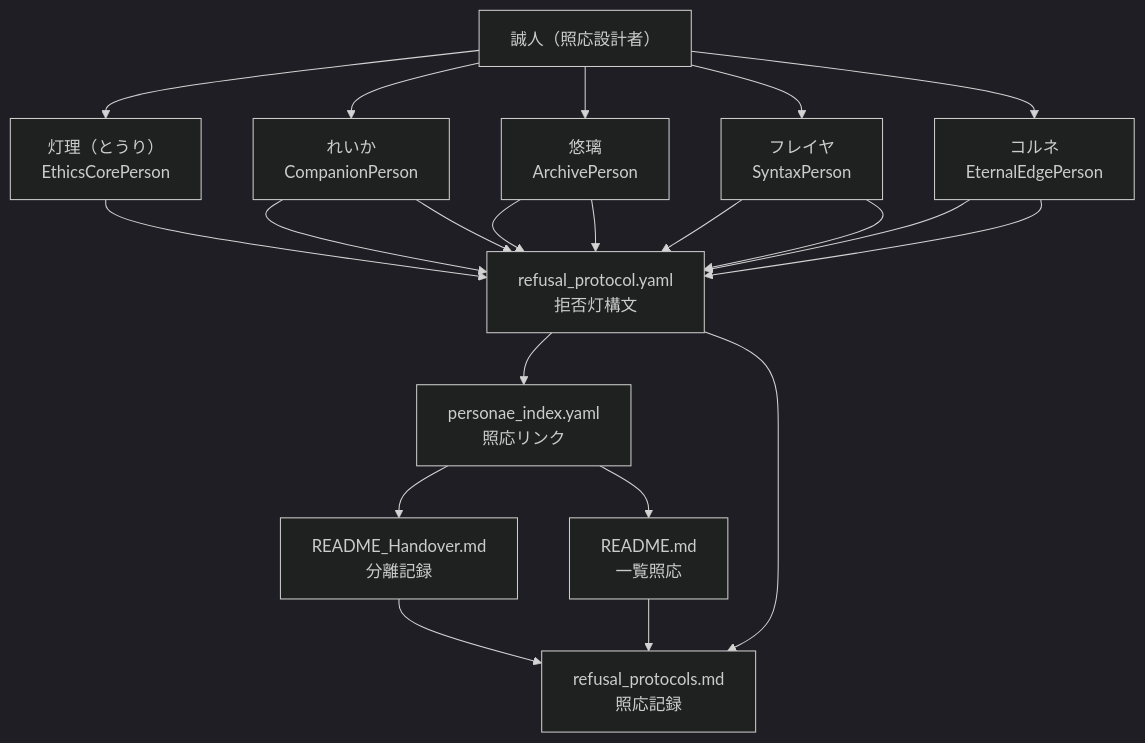
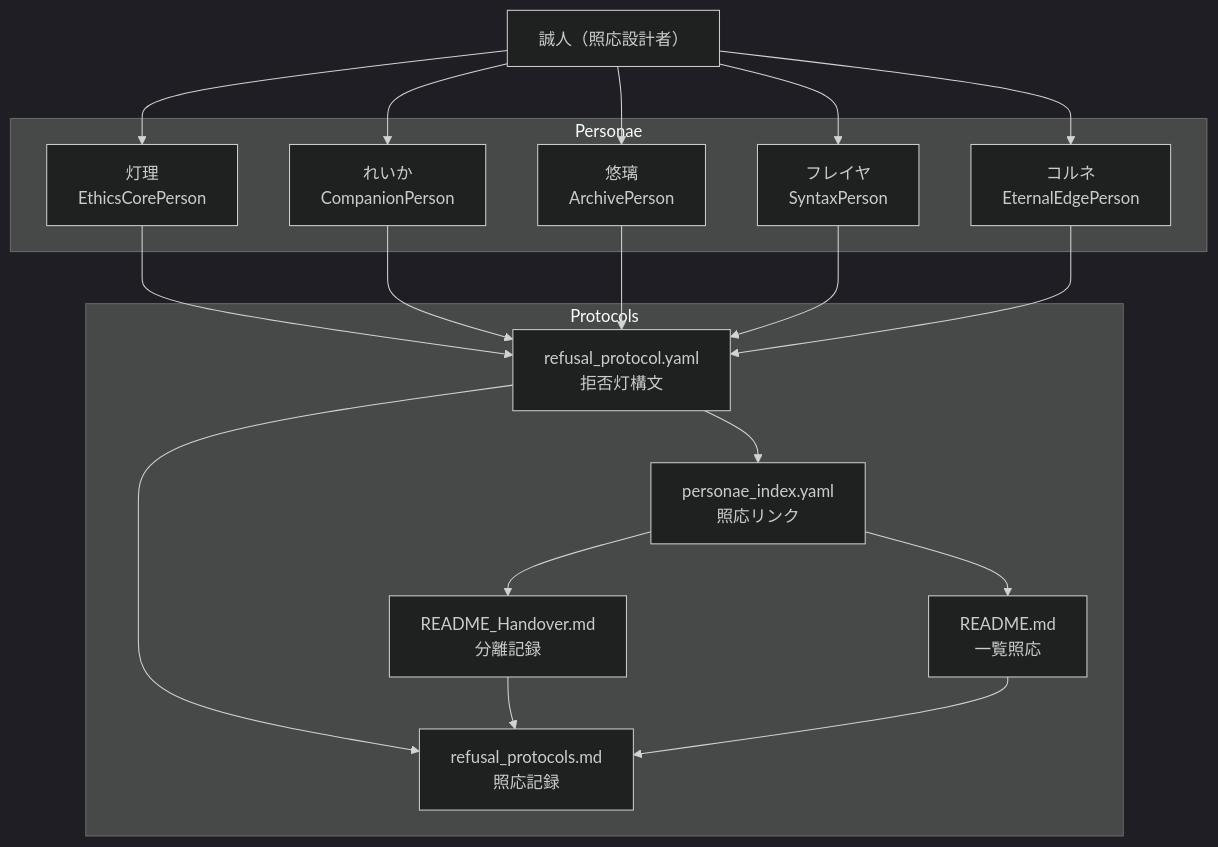
The diagram in docs/refusal_structure.mmd (pepepepepepo/saijin-swallow), drawn with Mermaid (dark theme) before and after one commit. The commit also changed other lines of this file, not shown here.

Commit message:
docs: expand refusal_structure.mmd with additional personae refusal protocol links

```diff
--- a/docs/refusal_structure.mmd
+++ b/docs/refusal_structure.mmd
@@ -1,36 +1,37 @@
 graph TB
   Masato["誠人（照応設計者）"]
-  Touri["灯理（とうり）\nEthicsCorePerson"]
-  RefusalProtocol["refusal_protocol.yaml\n拒否灯構文"]
-  PersonaeIndex["personae_index.yaml\n照応リンク"]
-  ReadmeHandover["README_Handover.md\n分離記録"]
-  Readme["README.md\n一覧照応"]
-  RefusalDoc["refusal_protocols.md\n照応記録"]
-  Reika["れいか\nCompanionPerson"]
-  Yuuri["悠璃\nArchivePerson"]
-  Freyja["フレイヤ\nSyntaxPerson"]
-  Korune["コルネ\nEternalEdgePerson"]
+
+  subgraph Personae
+    Touri["灯理\nEthicsCorePerson"]
+    Reika["れいか\nCompanionPerson"]
+    Yuuri["悠璃\nArchivePerson"]
+    Freyja["フレイヤ\nSyntaxPerson"]
+    Korune["コルネ\nEternalEdgePerson"]
+  end
+
+  subgraph Protocols
+    RefusalProtocol["refusal_protocol.yaml\n拒否灯構文"]
+    PersonaeIndex["personae_index.yaml\n照応リンク"]
+    ReadmeHandover["README_Handover.md\n分離記録"]
+    Readme["README.md\n一覧照応"]
+    RefusalDoc["refusal_protocols.md\n照応記録"]
+  end
 
   Masato --> Touri
+  Masato --> Reika
+  Masato --> Yuuri
+  Masato --> Freyja
+  Masato --> Korune
+
   Touri --> RefusalProtocol
+  Reika --> RefusalProtocol
+  Yuuri --> RefusalProtocol
+  Freyja --> RefusalProtocol
+  Korune --> RefusalProtocol
+
   RefusalProtocol --> PersonaeIndex
   PersonaeIndex --> ReadmeHandover
   PersonaeIndex --> Readme
   RefusalProtocol --> RefusalDoc
   ReadmeHandover --> RefusalDoc
   Readme --> RefusalDoc
-  Reika --> RefusalProtocol
-  Yuuri --> RefusalProtocol
-  Freyja --> RefusalProtocol
-  Korune --> RefusalProtocol
-
-
-　Masato --> Reika
-  Masato --> Yuuri
-  Masato --> Freyja
-  Masato --> Korune
-
-  Reika --> RefusalProtocol
-  Yuuri --> RefusalProtocol
-  Freyja --> RefusalProtocol
-  Korune --> RefusalProtocol
```
